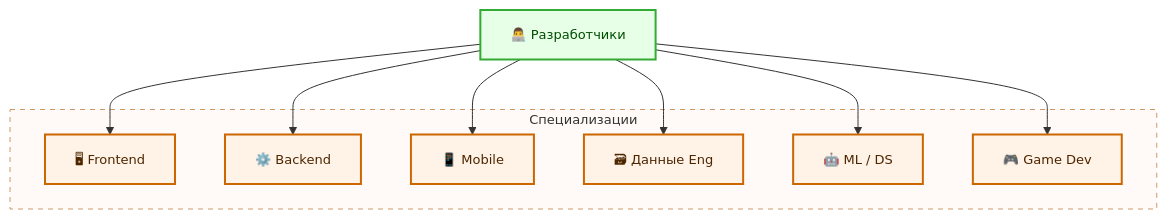
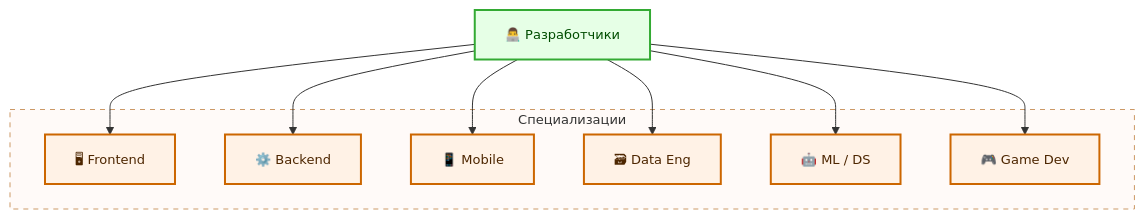
Before and after one commit to Spirzen/it-knowledge-base: the first of 7 diagrams in docs/encyclopedia/1-basics/1-26-karera-v-it-i-mify/2.md, drawn with Mermaid. The commit also changed other lines of this file and 1787 other files, not shown here.

````diff
--- a/docs/encyclopedia/1-basics/1-26-karera-v-it-i-mify/2.md
+++ b/docs/encyclopedia/1-basics/1-26-karera-v-it-i-mify/2.md
@@ -39,35 +43,35 @@
 ```mermaid
 %%{init: {
   "theme": "default",
   "themeVariables": {
     "fontSize": "13px",
     "fontFamily": "Segoe UI, Tahoma, sans-serif"
   }
 }}%%
 
 flowchart TD
     classDef core fill:#e6ffe6,stroke:#33aa33,stroke-width:2px,color:#004d00;
     classDef spec fill:#fff2e6,stroke:#cc6600,stroke-width:2px,color:#4d2600;
 
     A["👨‍💻 Разработчики"]:::core
 
     B["🖥 Frontend"]:::spec
     C["⚙️ Backend"]:::spec
     D["📱 Mobile"]:::spec
-    E["🗃 Данные Eng"]:::spec
+    E["🗃 Data Eng"]:::spec
     F["🤖 ML / DS"]:::spec
     G["🎮 Game Dev"]:::spec
 
     A --> B
     A --> C
     A --> D
     A --> E
     A --> F
     A --> G
 
     subgraph layer ["Специализации"]
         B; C; D; E; F; G
     end
 
     style layer fill:#fffaf8,stroke:#cc9966,stroke-dasharray: 5 5
 ```
````
